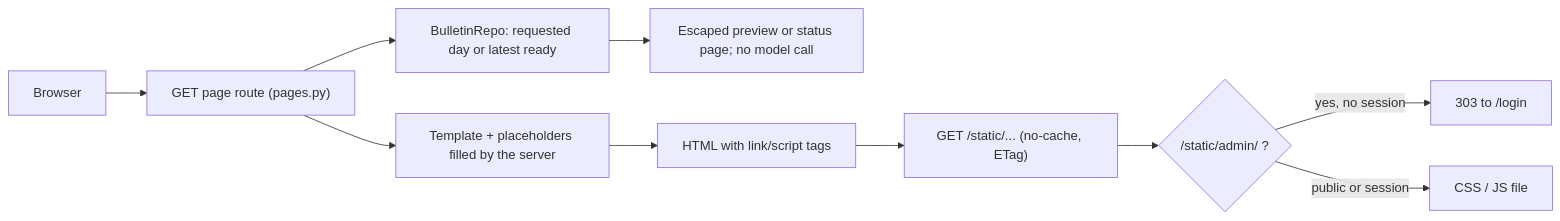
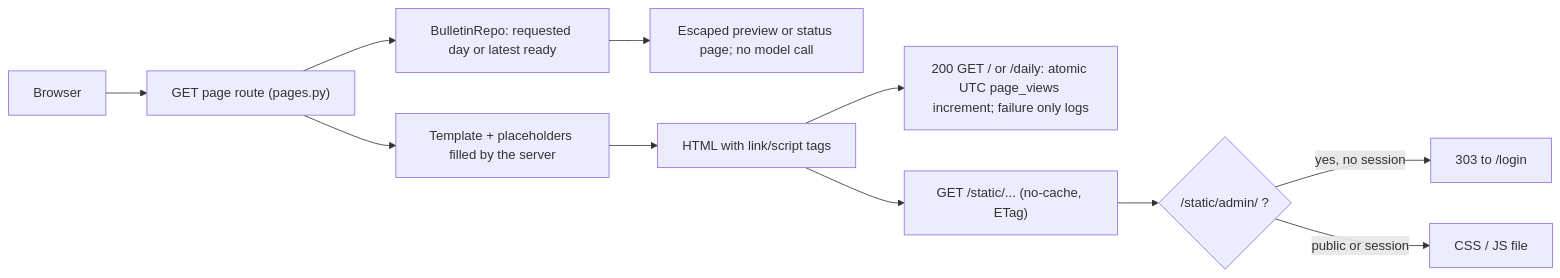
One commit to Orlv-85/AI_PARSER changed the diagram in src/app/web/pages.md. Above: the diagram before and after it, drawn with Mermaid. The commit also changed other lines of this file and 25 other files, not shown here.

First line of the commit message:
feat(018) item 6b: bulletin home page behind the switch, digest at /daily, page counter

````diff
--- a/src/app/web/pages.md
+++ b/src/app/web/pages.md
@@ -19,12 +22,13 @@
 ```mermaid
 flowchart LR
   browser["Browser"] --> route["GET page route (pages.py)"]
   route --> fill["Template + placeholders filled by the server"]
   route --> bulletin["BulletinRepo: requested day or latest ready"]
   bulletin --> preview["Escaped preview or status page; no model call"]
   fill --> html["HTML with link/script tags"]
+  html --> count["200 GET / or /daily: atomic UTC page_views increment; failure only logs"]
   html --> assets["GET /static/... (no-cache, ETag)"]
   assets --> auth{"/static/admin/ ?"}
   auth -- "yes, no session" --> login["303 to /login"]
   auth -- "public or session" --> file["CSS / JS file"]
 ```
````
